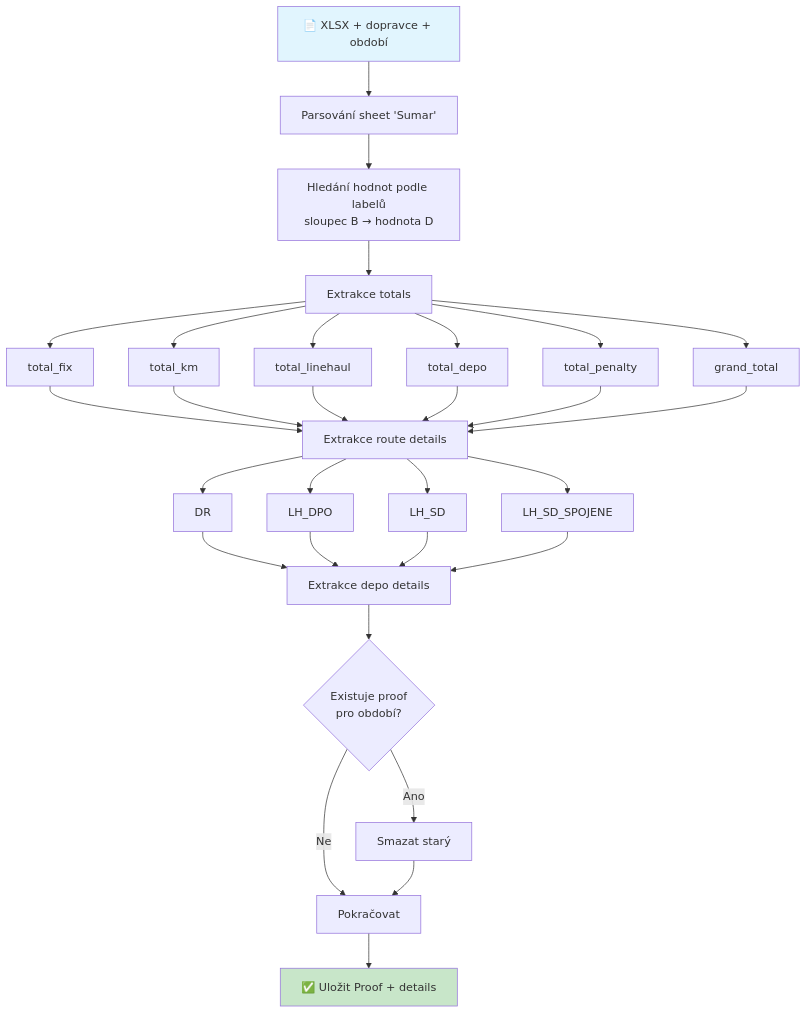
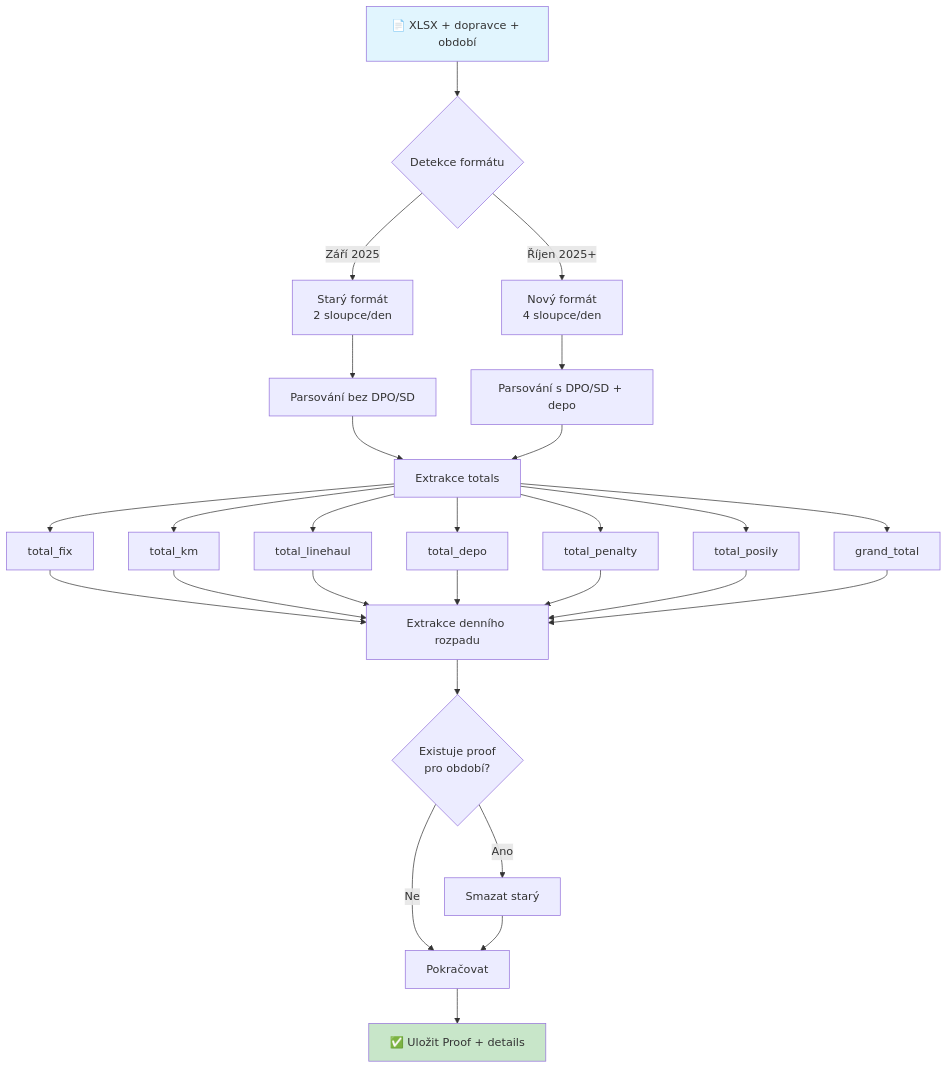
One commit to JakubKrejcir/alza-cost-control changed the fourth of 12 diagrams in docs/DIAGRAMS_APP.md. Above: the diagram before and after it, drawn with Mermaid. The commit also changed other lines of this file and 13 other files, not shown here.

````diff
--- a/docs/DIAGRAMS_APP.md
+++ b/docs/DIAGRAMS_APP.md
@@ -29,26 +85,26 @@
 ```mermaid
 flowchart TD
-    A[📄 XLSX + dopravce + období] --> B[Parsování sheet 'Sumar']
-    B --> C[Hledání hodnot podle labelů<br/>sloupec B → hodnota D]
-    C --> D[Extrakce totals]
-    D --> D1[total_fix]
-    D --> D2[total_km]
-    D --> D3[total_linehaul]
-    D --> D4[total_depo]
-    D --> D5[total_penalty]
-    D --> D6[grand_total]
-    D1 & D2 & D3 & D4 & D5 & D6 --> E[Extrakce route details]
-    E --> E1[DR]
-    E --> E2[LH_DPO]
-    E --> E3[LH_SD]
-    E --> E4[LH_SD_SPOJENE]
-    E1 & E2 & E3 & E4 --> F[Extrakce depo details]
-    F --> G{Existuje proof<br/>pro období?}
-    G -->|Ano| H[Smazat starý]
-    G -->|Ne| I[Pokračovat]
-    H --> I
-    I --> J[✅ Uložit Proof + details]
+    A[📄 XLSX + dopravce + období] --> B{Detekce formátu}
+    B -->|Září 2025| C[Starý formát<br/>2 sloupce/den]
+    B -->|Říjen 2025+| D[Nový formát<br/>4 sloupce/den]
+    C --> E[Parsování bez DPO/SD]
+    D --> F[Parsování s DPO/SD + depo]
+    E --> G[Extrakce totals]
+    F --> G
+    G --> G1[total_fix]
+    G --> G2[total_km]
+    G --> G3[total_linehaul]
+    G --> G4[total_depo]
+    G --> G5[total_penalty]
+    G --> G6[total_posily]
+    G --> G7[grand_total]
+    G1 & G2 & G3 & G4 & G5 & G6 & G7 --> H[Extrakce denního rozpadu]
+    H --> I{Existuje proof<br/>pro období?}
+    I -->|Ano| J[Smazat starý]
+    I -->|Ne| K[Pokračovat]
+    J --> K
+    K --> L[✅ Uložit Proof + details]
     
     style A fill:#e1f5fe
-    style J fill:#c8e6c9
+    style L fill:#c8e6c9
 ```
````
